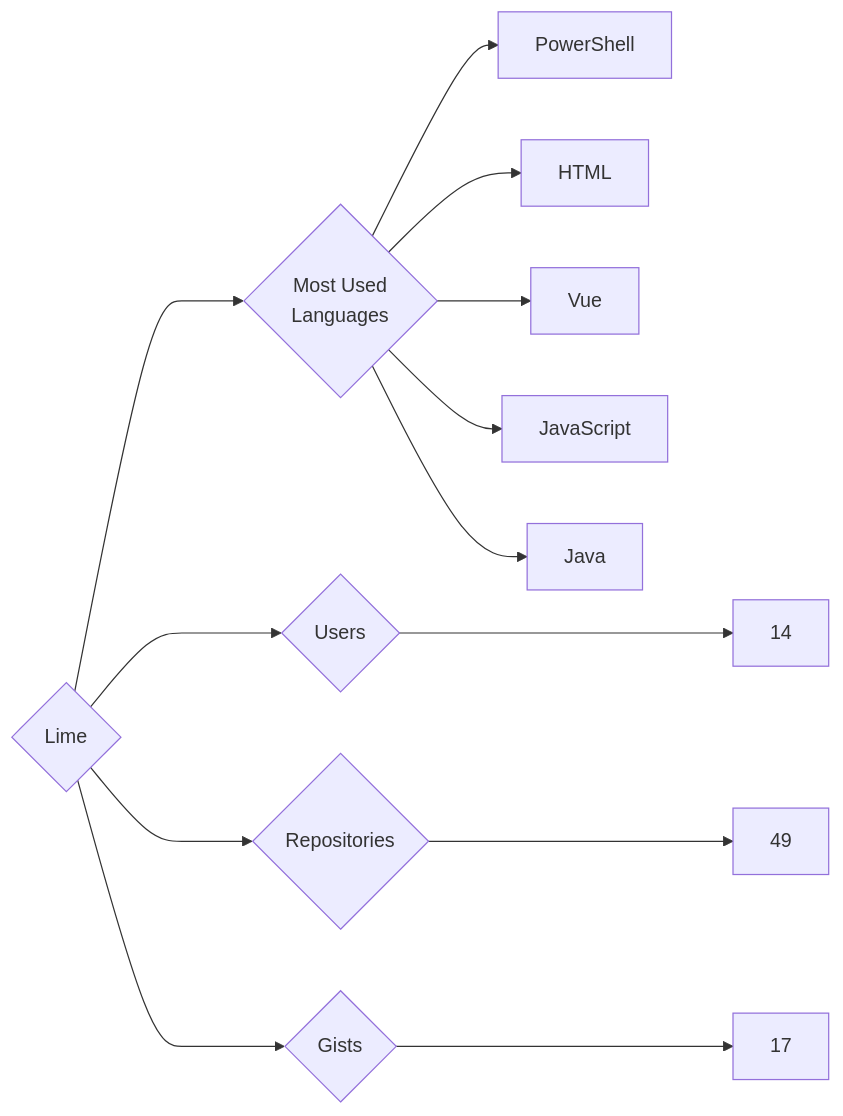
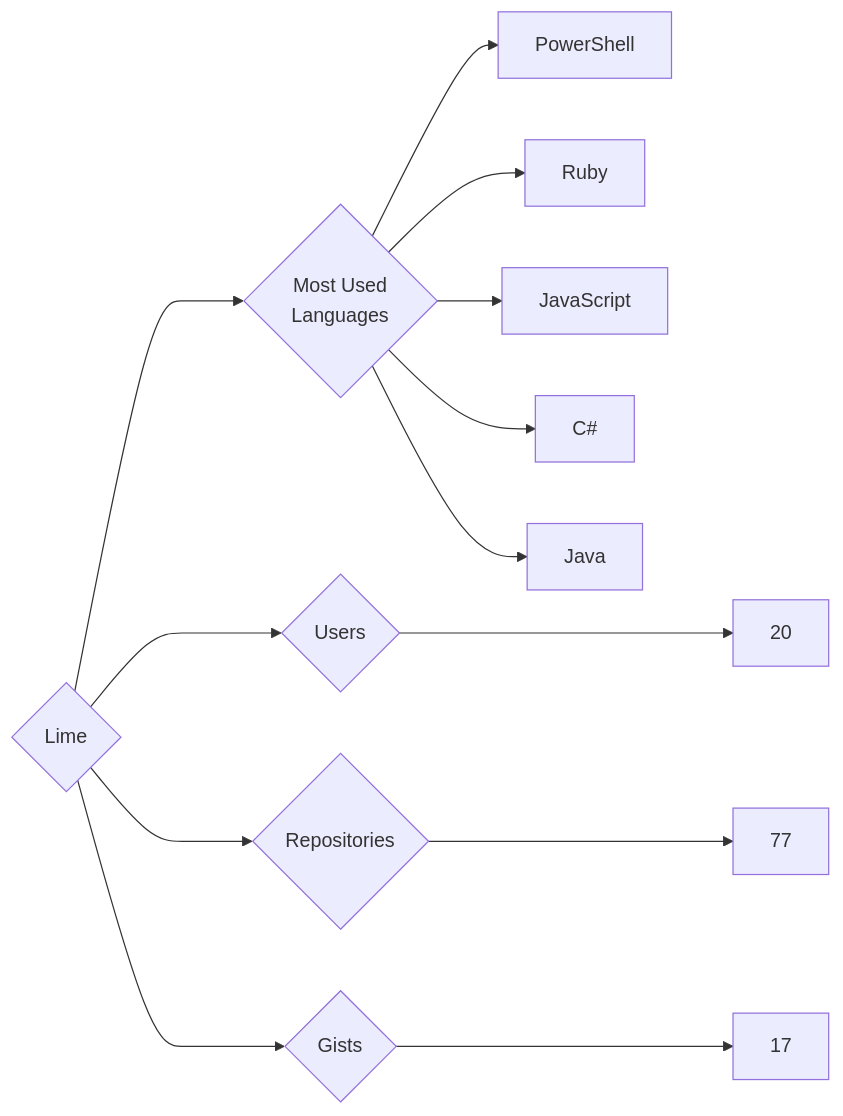
One commit to trickest/insiders changed the diagram in targets/Lime/README.md. Above: the diagram before and after it, drawn with Mermaid. The commit also changed 965 other files, not shown here.

````diff
--- a/targets/Lime/README.md
+++ b/targets/Lime/README.md
@@ -3,13 +3,13 @@
 ```mermaid
 graph LR
 COMPANY_NAME{Lime}
-COMPANY_NAME ---> U{Users} ---> UN[14]
-COMPANY_NAME ---> R{Repositories} ---> RN[49]
+COMPANY_NAME ---> U{Users} ---> UN[20]
+COMPANY_NAME ---> R{Repositories} ---> RN[77]
 COMPANY_NAME ---> G{Gists} ---> GN[17]
 COMPANY_NAME ---> ML{Most Used<br>Languages}
 ML --> PowerShell[PowerShell]
-ML --> HTML[HTML]
-ML --> Vue[Vue]
+ML --> Ruby[Ruby]
 ML --> JavaScript[JavaScript]
+ML --> C#[C#]
 ML --> Java[Java]
 ```
````
